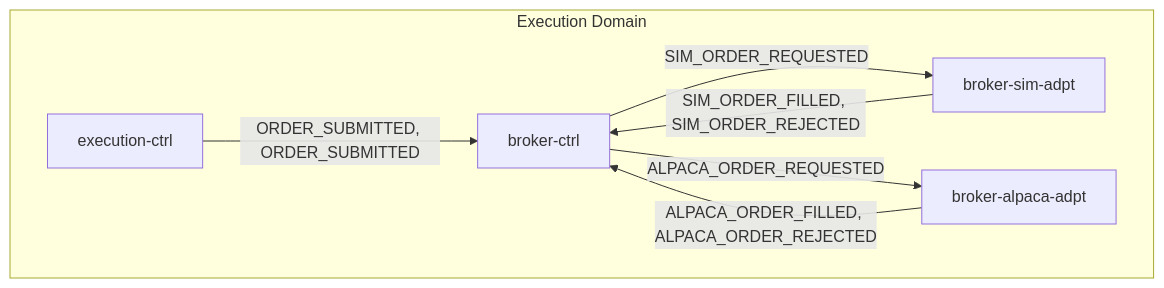
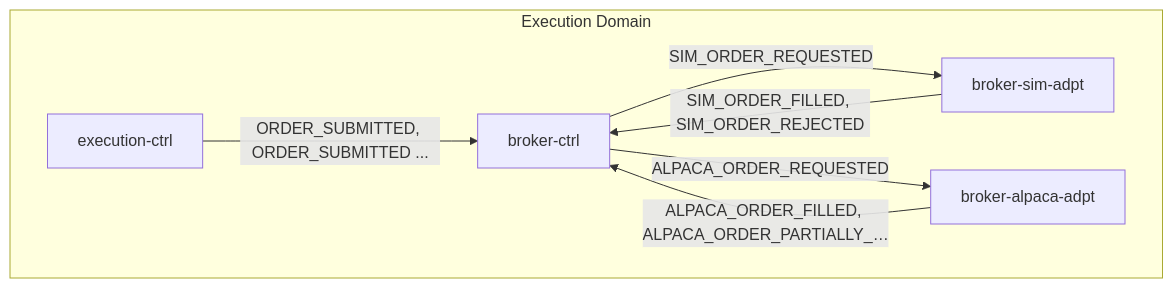
One commit to fabio-vitali/nestfolio changed the first of 2 diagrams in docs/data-flows/order-execution.md. Above: the diagram before and after it, drawn with Mermaid. The commit also changed other lines of this file and 53 other files, not shown here.

First line of the commit message:
docs: regenerate all service cards, flow specs, and C4 diagrams via /init-docs

````diff
--- a/docs/data-flows/order-execution.md
+++ b/docs/data-flows/order-execution.md
@@ -11,14 +11,14 @@
 ```mermaid
 flowchart TD
     subgraph execution["Execution Domain"]
         execution_ctrl["execution-ctrl"]
         broker_ctrl["broker-ctrl"]
         broker_sim_adpt["broker-sim-adpt"]
         broker_alpaca_adpt["broker-alpaca-adpt"]
     end
-    execution_ctrl -->|"ORDER_SUBMITTED, ORDER_SUBMITTED"| broker_ctrl
+    execution_ctrl -->|"ORDER_SUBMITTED, ORDER_SUBMITTED ..."| broker_ctrl
     broker_ctrl -->|"SIM_ORDER_REQUESTED"| broker_sim_adpt
     broker_ctrl -->|"ALPACA_ORDER_REQUESTED"| broker_alpaca_adpt
     broker_sim_adpt -->|"SIM_ORDER_FILLED, SIM_ORDER_REJECTED"| broker_ctrl
-    broker_alpaca_adpt -->|"ALPACA_ORDER_FILLED, ALPACA_ORDER_REJECTED"| broker_ctrl
+    broker_alpaca_adpt -->|"ALPACA_ORDER_FILLED, ALPACA_ORDER_PARTIALLY_…"| broker_ctrl
 ```
````
